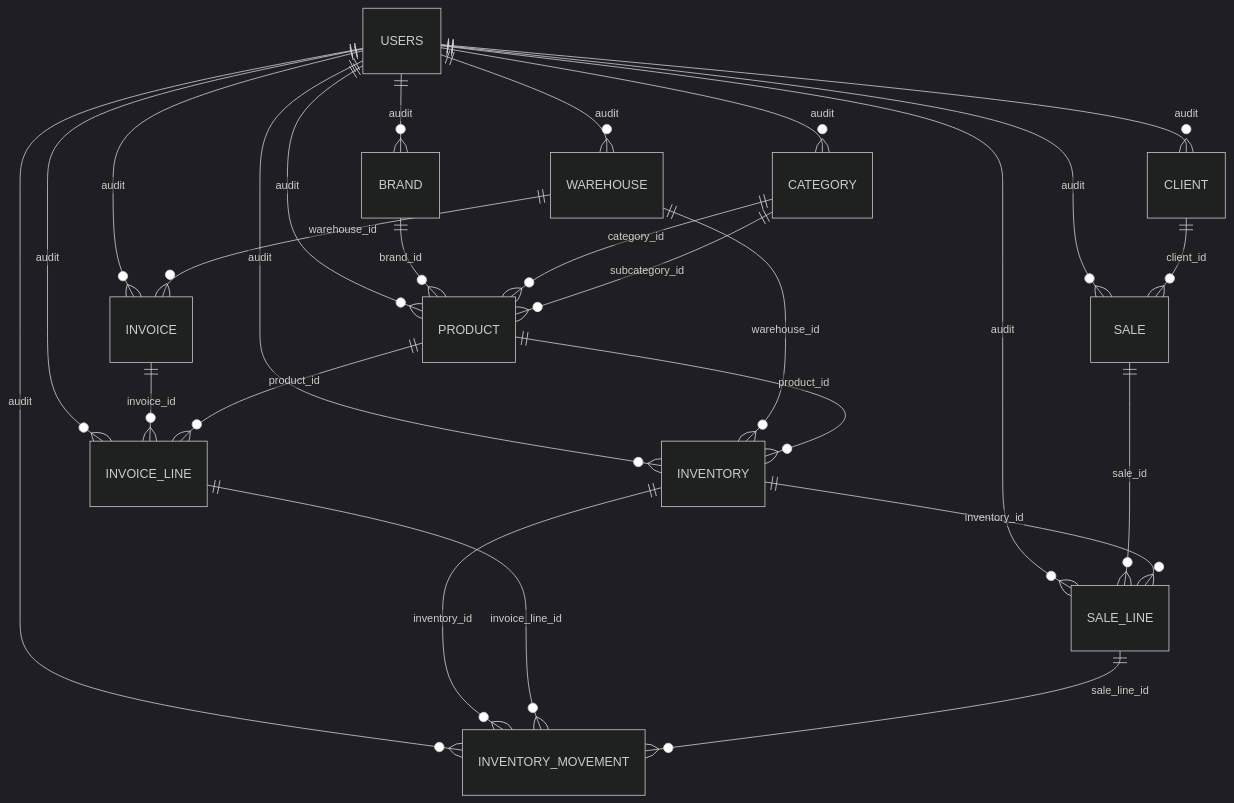
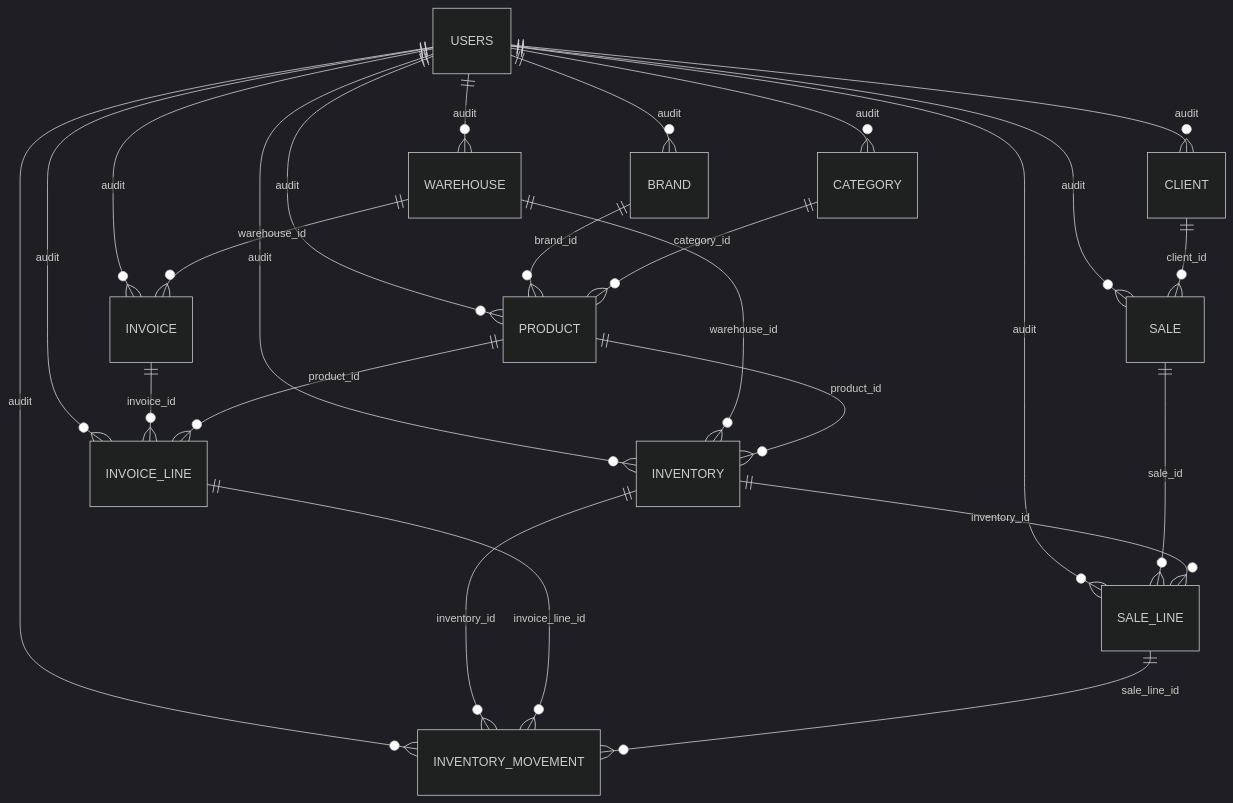
Before and after one commit to AngelZap99/jafepa_fastapi: the diagram in docs/backend-current-logic.md, drawn with Mermaid (dark theme). The commit also changed other lines of this file and 27 other files, not shown here.

````diff
--- a/docs/backend-current-logic.md
+++ b/docs/backend-current-logic.md
@@ -62,29 +62,28 @@
 ```mermaid
 erDiagram
     USERS ||--o{ BRAND : audit
     USERS ||--o{ CATEGORY : audit
     USERS ||--o{ CLIENT : audit
     USERS ||--o{ WAREHOUSE : audit
     USERS ||--o{ PRODUCT : audit
     USERS ||--o{ INVENTORY : audit
     USERS ||--o{ INVENTORY_MOVEMENT : audit
     USERS ||--o{ INVOICE : audit
     USERS ||--o{ INVOICE_LINE : audit
     USERS ||--o{ SALE : audit
     USERS ||--o{ SALE_LINE : audit
 
     BRAND ||--o{ PRODUCT : brand_id
     CATEGORY ||--o{ PRODUCT : category_id
-    CATEGORY ||--o{ PRODUCT : subcategory_id
     WAREHOUSE ||--o{ INVENTORY : warehouse_id
     PRODUCT ||--o{ INVENTORY : product_id
     WAREHOUSE ||--o{ INVOICE : warehouse_id
     INVOICE ||--o{ INVOICE_LINE : invoice_id
     PRODUCT ||--o{ INVOICE_LINE : product_id
     CLIENT ||--o{ SALE : client_id
     SALE ||--o{ SALE_LINE : sale_id
     INVENTORY ||--o{ SALE_LINE : inventory_id
     INVENTORY ||--o{ INVENTORY_MOVEMENT : inventory_id
     INVOICE_LINE ||--o{ INVENTORY_MOVEMENT : invoice_line_id
     SALE_LINE ||--o{ INVENTORY_MOVEMENT : sale_line_id
 ```
````
